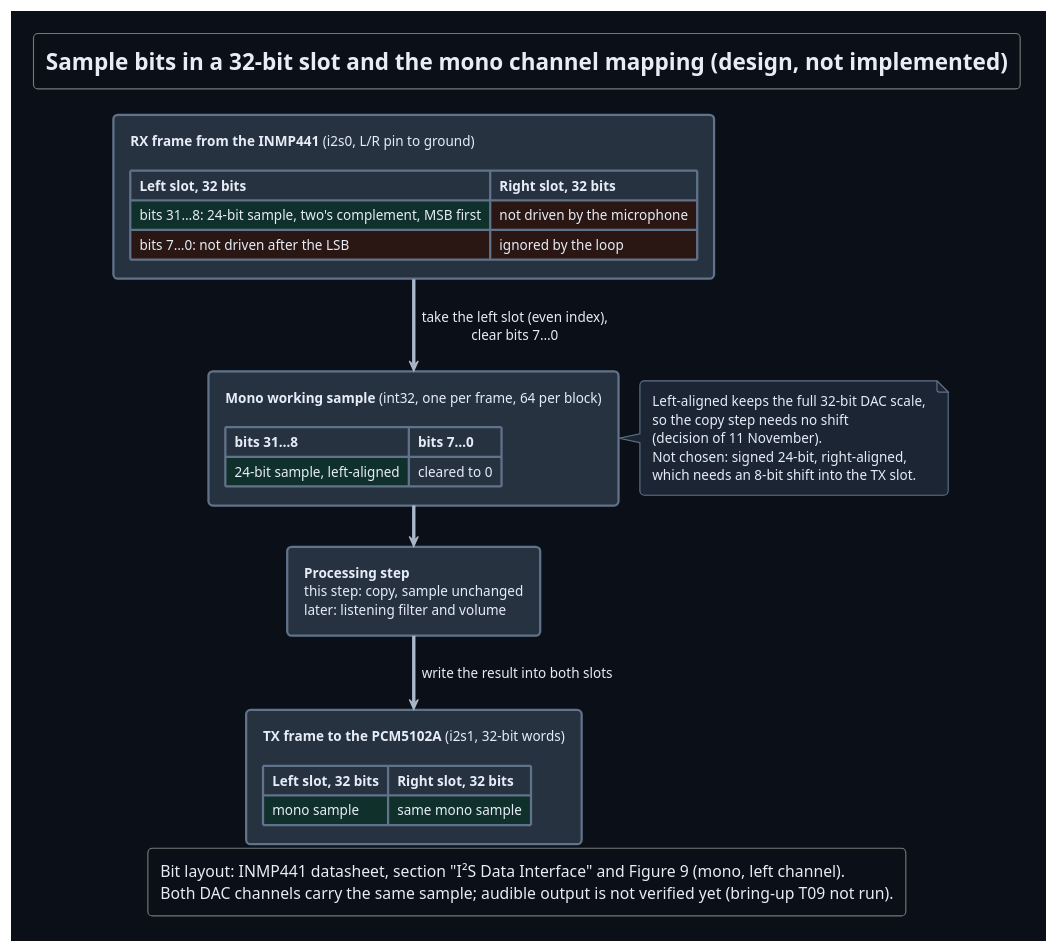
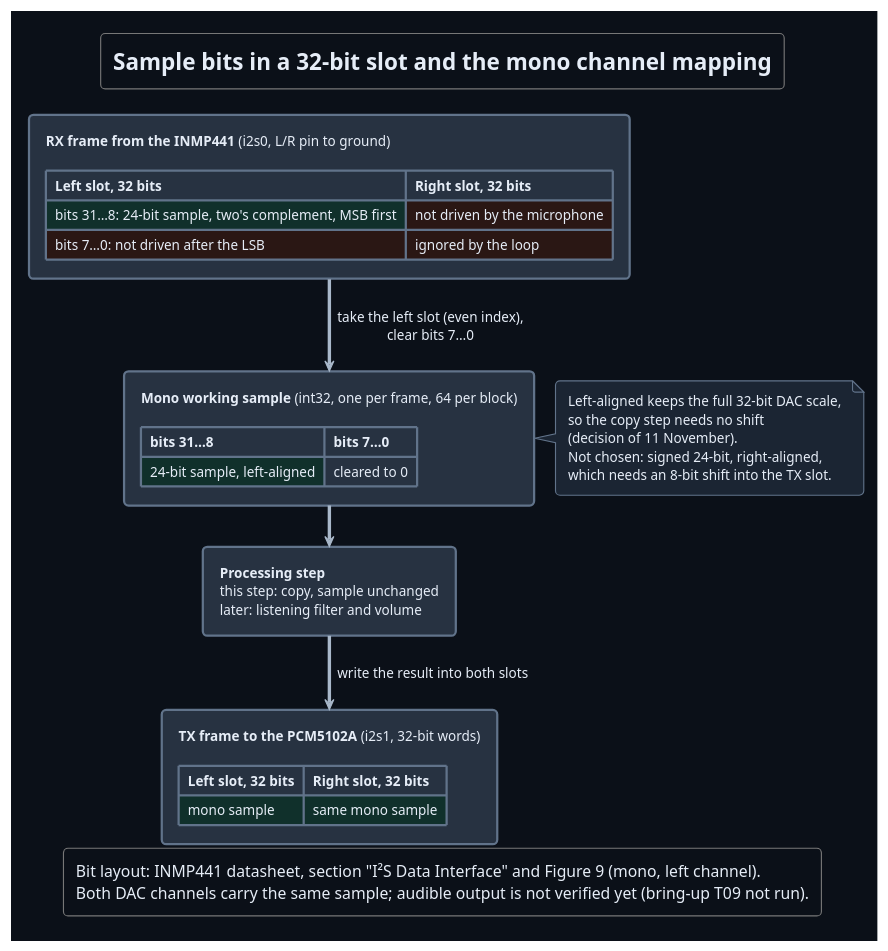
Before and after one commit to DemonicPsychoII/DigitalStethoscope: the diagram in Development/system/design/AUDIO/sample-format.puml, drawn with PlantUML. The commit also changed 8 other files, not shown here.

```diff
--- a/Development/system/design/AUDIO/sample-format.puml
+++ b/Development/system/design/AUDIO/sample-format.puml
@@ -1,40 +1,40 @@
 @startuml sample_format
 !theme cyborg
 !pragma layout smetana
 skinparam shadowing false
 skinparam defaultFontName SansSerif
 skinparam backgroundColor #0b1018
 skinparam defaultFontColor #e6edf7
 skinparam ArrowColor #a9b8ca
 skinparam ArrowFontColor #e6edf7
 skinparam rectangle {
  BackgroundColor #273241
  BorderColor #61738a
  FontColor #e6edf7
 }
 skinparam note {
  BackgroundColor #1b2533
  BorderColor #61738a
  FontColor #e6edf7
 }
-title Sample bits in a 32-bit slot and the mono channel mapping (design, not implemented)
+title Sample bits in a 32-bit slot and the mono channel mapping
 top to bottom direction
 rectangle "**RX frame from the INMP441** (i2s0, L/R pin to ground)\n\n<#273241,#61738a>|= Left slot, 32 bits |= Right slot, 32 bits |\n| <#10302b> bits 31…8: 24-bit sample, two's complement, MSB first | <#2a1714> not driven by the microphone |\n| <#2a1714> bits 7…0: not driven after the LSB | <#2a1714> ignored by the loop |" as receiveFrame
 rectangle "**Mono working sample** (int32, one per frame, 64 per block)\n\n<#273241,#61738a>|= bits 31…8 |= bits 7…0 |\n| <#10302b> 24-bit sample, left-aligned | cleared to 0 |" as monoSample
 rectangle "**Processing step**\nthis step: copy, sample unchanged\nlater: listening filter and volume" as processing
 rectangle "**TX frame to the PCM5102A** (i2s1, 32-bit words)\n\n<#273241,#61738a>|= Left slot, 32 bits |= Right slot, 32 bits |\n| <#10302b> mono sample | <#10302b> same mono sample |" as transmitFrame
 receiveFrame --> monoSample : take the left slot (even index),\nclear bits 7…0
 monoSample --> processing
 processing --> transmitFrame : write the result into both slots
 note right of monoSample
   Left-aligned keeps the full 32-bit DAC scale,
   so the copy step needs no shift
   (decision of 11 November).
   Not chosen: signed 24-bit, right-aligned,
   which needs an 8-bit shift into the TX slot.
 end note
 legend bottom
   Bit layout: INMP441 datasheet, section "I²S Data Interface" and Figure 9 (mono, left channel).
   Both DAC channels carry the same sample; audible output is not verified yet (bring-up T09 not run).
 endlegend
 @enduml
```
